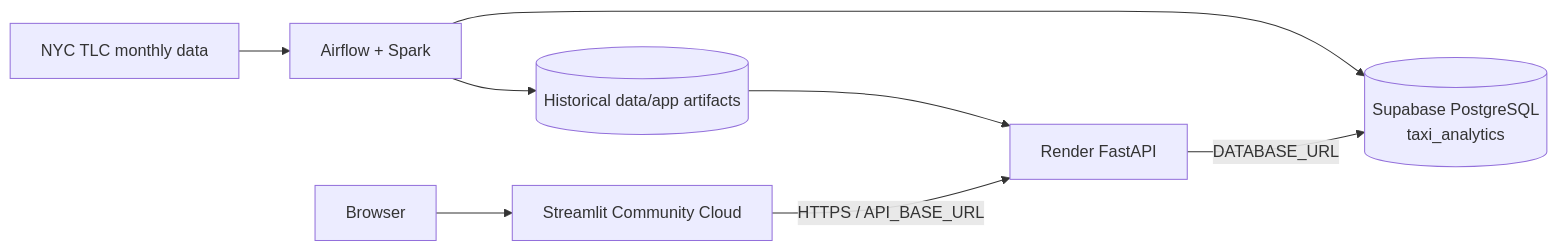
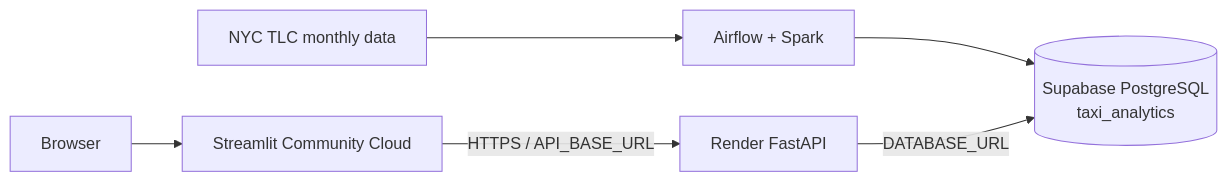
The diagram in docs/deployment.md (georgeballa7/NycTaxiDemandForecasting), drawn with Mermaid before and after one commit. The commit also changed other lines of this file, not shown here.

Commit message:
Remove manual historical artifact deployment step

````diff
--- a/docs/deployment.md
+++ b/docs/deployment.md
@@ -16,10 +16,8 @@
 ```mermaid
 flowchart LR
     TLC[NYC TLC monthly data] --> AF[Airflow + Spark]
     AF --> SU[(Supabase PostgreSQL\ntaxi_analytics)]
-    AF --> ART[(Historical data/app artifacts)]
     B[Browser] --> ST[Streamlit Community Cloud]
     ST -->|HTTPS / API_BASE_URL| RE[Render FastAPI]
     RE -->|DATABASE_URL| SU
-    ART --> RE
 ```
````
